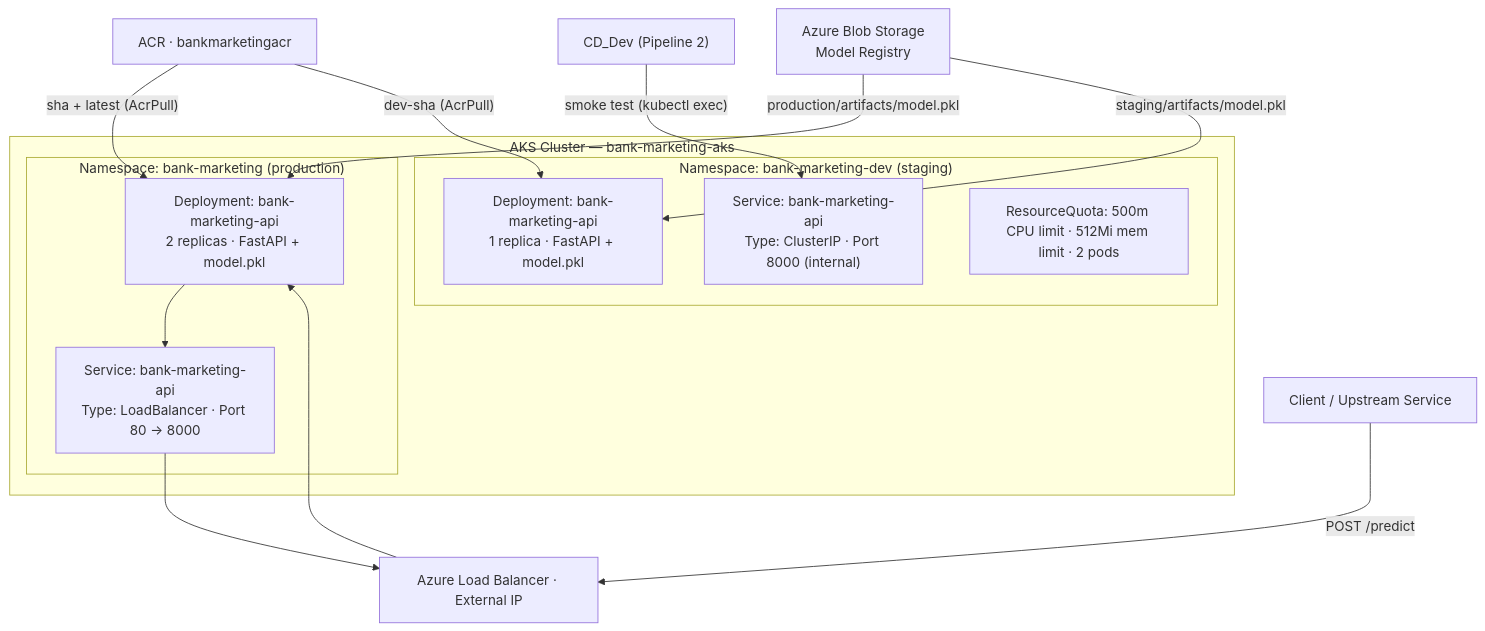
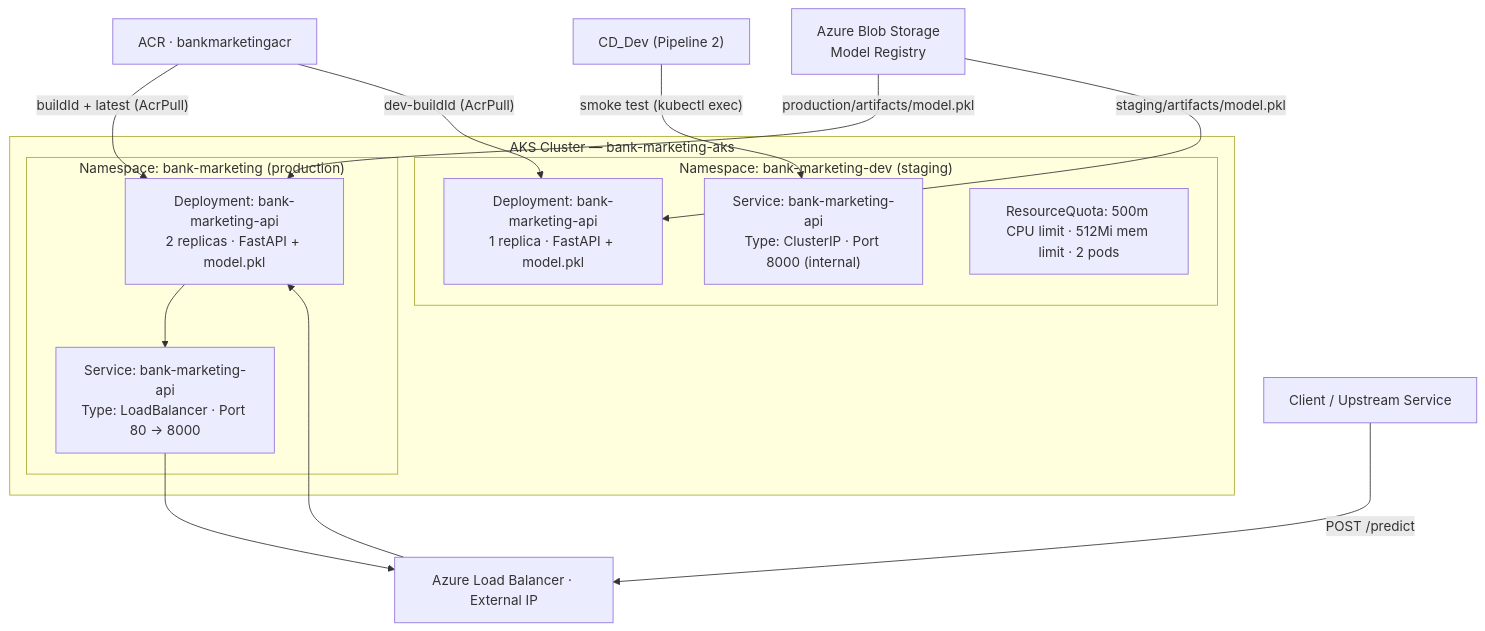
One commit to Annemarie-Bester/marketing-model-mlops-azure changed the sixth of 7 diagrams in docs/architecture.md. Above: the diagram before and after it, drawn with Mermaid. The commit also changed other lines of this file and 8 other files, not shown here.

````diff
--- a/docs/architecture.md
+++ b/docs/architecture.md
@@ -484,30 +484,30 @@
 ```mermaid
 flowchart TD
     subgraph AKS["AKS Cluster — bank-marketing-aks"]
         subgraph NS_PROD["Namespace: bank-marketing (production)"]
             DEP_PROD["Deployment: bank-marketing-api<br/>2 replicas · FastAPI + model.pkl"]
             SVC_PROD["Service: bank-marketing-api<br/>Type: LoadBalancer · Port 80 → 8000"]
         end
         subgraph NS_DEV["Namespace: bank-marketing-dev (staging)"]
             DEP_DEV["Deployment: bank-marketing-api<br/>1 replica · FastAPI + model.pkl"]
             SVC_DEV["Service: bank-marketing-api<br/>Type: ClusterIP · Port 8000 (internal)"]
             RQ["ResourceQuota: 500m CPU limit · 512Mi mem limit · 2 pods"]
         end
     end
 
     ACR["ACR · bankmarketingacr"]
     BLOB["Azure Blob Storage<br/>Model Registry"]
     LB["Azure Load Balancer · External IP"]
     CLIENT["Client / Upstream Service"]
     CICD["CD_Dev (Pipeline 2)"]
 
-    ACR -->|"sha + latest (AcrPull)"| DEP_PROD
-    ACR -->|"dev-sha (AcrPull)"| DEP_DEV
+    ACR -->|"buildId + latest (AcrPull)"| DEP_PROD
+    ACR -->|"dev-buildId (AcrPull)"| DEP_DEV
     BLOB -->|"production/artifacts/model.pkl"| DEP_PROD
     BLOB -->|"staging/artifacts/model.pkl"| DEP_DEV
     DEP_PROD --> SVC_PROD
     SVC_PROD --> LB
     CLIENT -->|"POST /predict"| LB
     LB --> DEP_PROD
     CICD -->|"smoke test (kubectl exec)"| SVC_DEV
 ```
````
